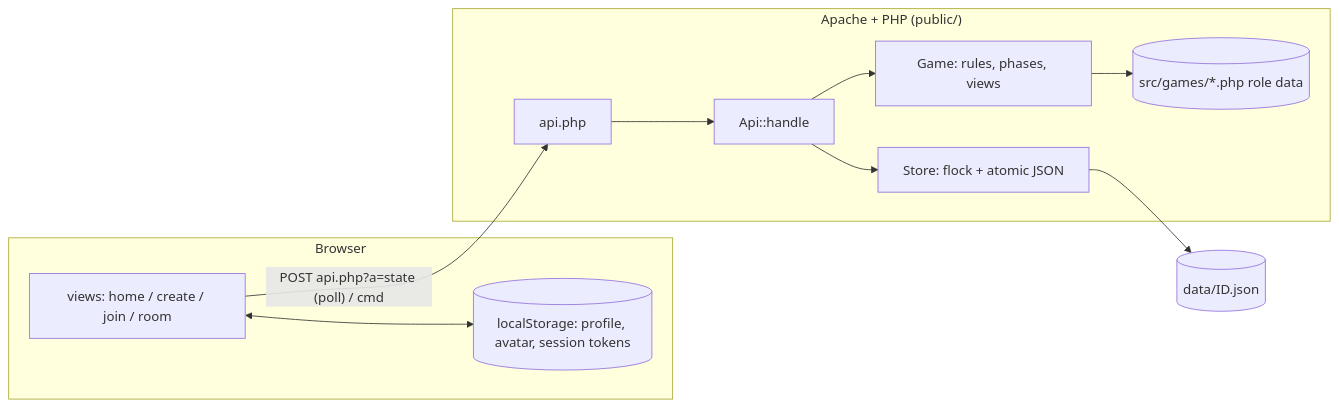
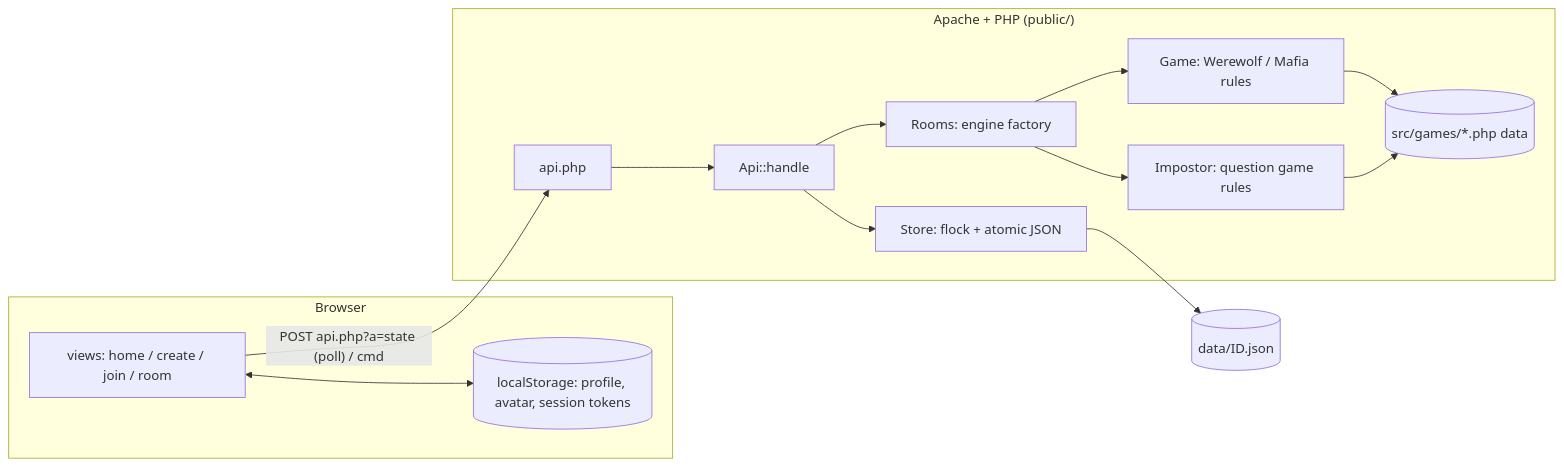
One commit to andrealorenzani/werewolf changed the diagram in docs/architecture.md. Above: the diagram before and after it, drawn with Mermaid. The commit also changed other lines of this file and 30 other files, not shown here.

Commit message:
Add Impostor game with its own engine (Room/Rooms/RoomBase), God-mode host, pool or player-written questions

````diff
--- a/docs/architecture.md
+++ b/docs/architecture.md
@@ -22,16 +22,19 @@
 ```mermaid
 flowchart LR
   subgraph Browser
     V[views: home / create / join / room]
     LS[(localStorage: profile, avatar, session tokens)]
   end
   subgraph "Apache + PHP (public/)"
     A[api.php] --> API[Api::handle]
-    API --> G[Game: rules, phases, views]
+    API --> R[Rooms: engine factory]
+    R --> G[Game: Werewolf / Mafia rules]
+    R --> I[Impostor: question game rules]
     API --> S[Store: flock + atomic JSON]
-    G --> D[(src/games/*.php role data)]
+    G --> D[(src/games/*.php data)]
+    I --> D
   end
   S --> F[(data/ID.json)]
   V -- "POST api.php?a=state (poll) / cmd" --> A
   V <--> LS
 ```
````
